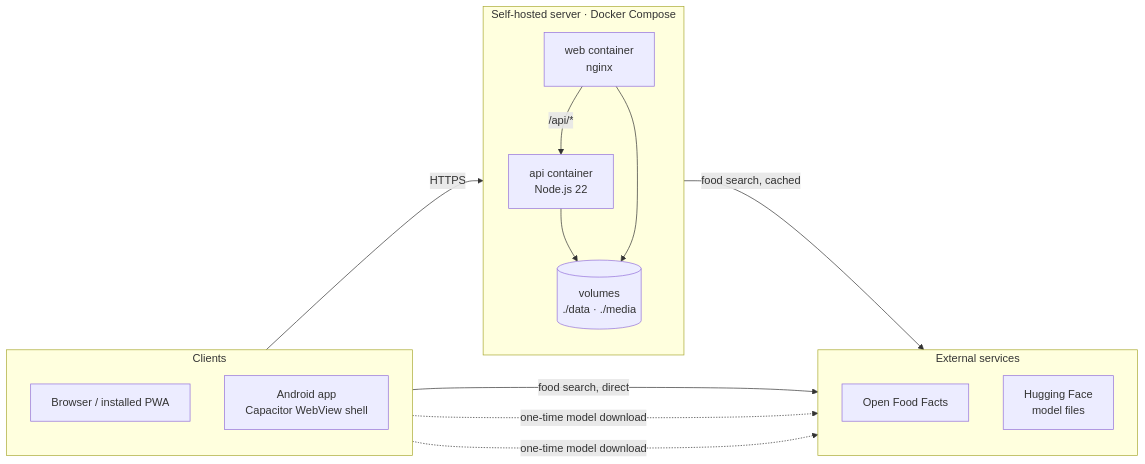
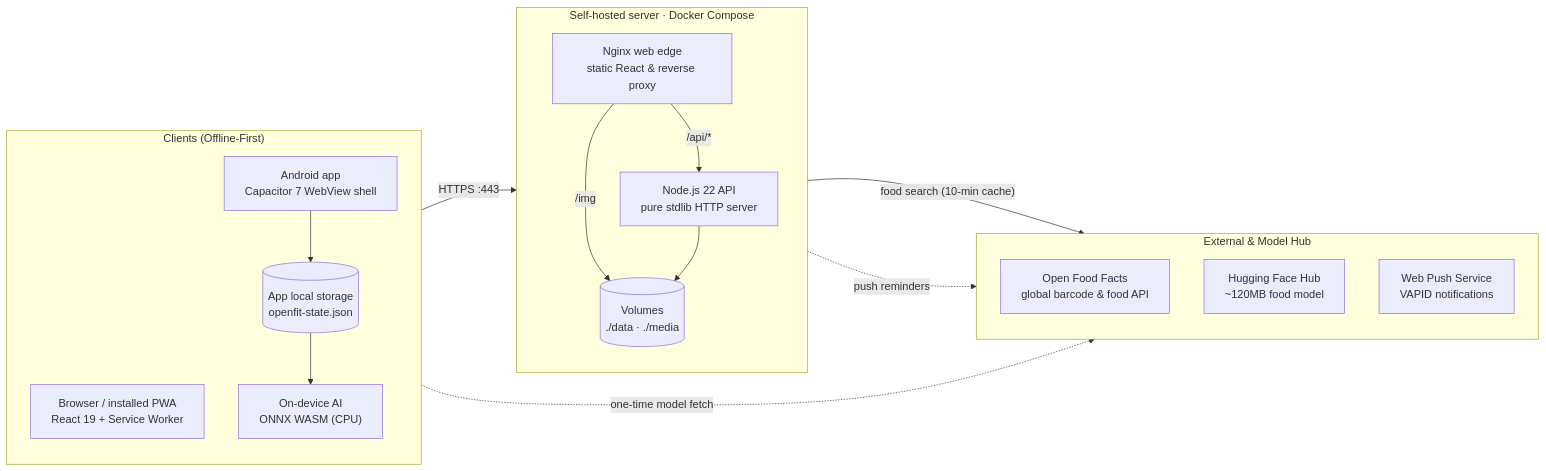
The diagram in README.md (rupal2k/openfit), drawn with Mermaid before and after one commit. The commit also changed other lines of this file and 5 other files, not shown here.

Commit message:
docs: add interactive and GitHub-native architecture diagrams via archify

````diff
--- a/README.md
+++ b/README.md
@@ -104,30 +118,34 @@
 ```mermaid
 flowchart LR
-    subgraph CLIENTS["Clients"]
+    subgraph CLIENTS["Clients (Offline-First)"]
         direction TB
-        BROWSER["Browser / installed PWA"]
-        ANDROID["Android app<br/>Capacitor WebView shell"]
+        BROWSER["Browser / installed PWA<br/>React 19 + Service Worker"]
+        ANDROID["Android app<br/>Capacitor 7 WebView shell"]
+        STORE[("App local storage<br/>openfit-state.json")]
+        ONNX["On-device AI<br/>ONNX WASM (CPU)"]
+        ANDROID --> STORE
+        STORE --> ONNX
     end
 
     subgraph SERVER["Self-hosted server · Docker Compose"]
         direction TB
-        WEBC["web container<br/>nginx"]
-        APIC["api container<br/>Node.js 22"]
-        VOL[("volumes<br/>./data · ./media")]
+        WEBC["Nginx web edge<br/>static React & reverse proxy"]
+        APIC["Node.js 22 API<br/>pure stdlib HTTP server"]
+        VOL[("Volumes<br/>./data · ./media")]
+        WEBC -->|"/img"| VOL
+        WEBC -->|"/api/*"| APIC
+        APIC --> VOL
     end
 
-    subgraph EXT["External services"]
+    subgraph EXT["External & Model Hub"]
         direction TB
-        OFF["Open Food Facts"]
-        HF["Hugging Face<br/>model files"]
+        OFF["Open Food Facts<br/>global barcode & food API"]
+        HF["Hugging Face Hub<br/>~120MB food model"]
+        PUSH["Web Push Service<br/>VAPID notifications"]
     end
 
-    BROWSER -->|HTTPS| WEBC
-    WEBC -->|"/api/*"| APIC
-    APIC --> VOL
-    WEBC --> VOL
-    APIC -->|"food search, cached"| OFF
-    ANDROID -->|"food search, direct"| OFF
-    BROWSER -.->|"one-time model download"| HF
-    ANDROID -.->|"one-time model download"| HF
+    BROWSER -->|HTTPS :443| WEBC
+    APIC -->|"food search (10-min cache)"| OFF
+    APIC -.->|"push reminders"| PUSH
+    ONNX -.->|"one-time model fetch"| HF
 ```
````
